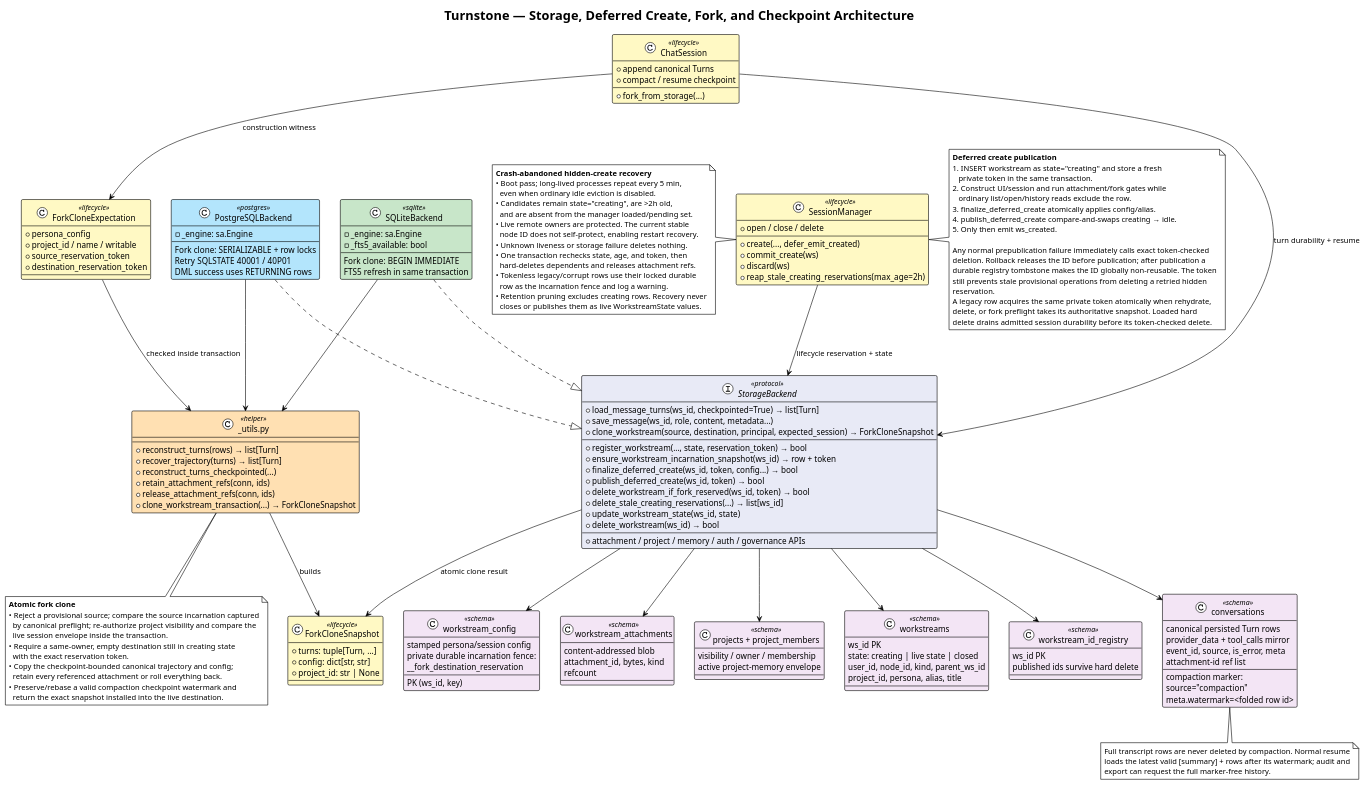
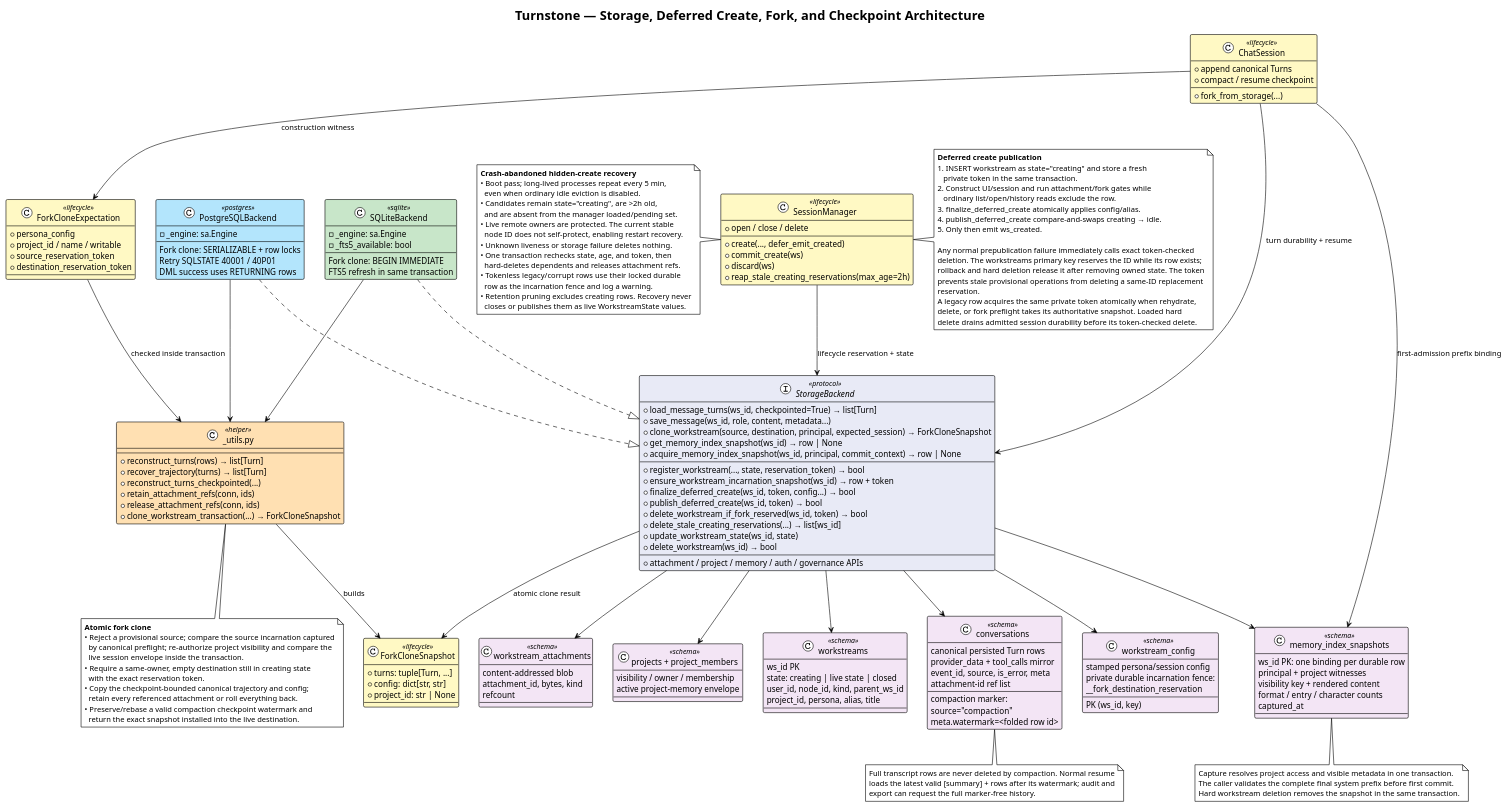
The diagram in docs/diagrams/14-storage-architecture.puml (turnstonelabs/turnstone), drawn with PlantUML before and after one commit. The commit also changed 73 other files, not shown here.

Commit message:
fix: stabilize memory index for release candidate

```diff
--- a/docs/diagrams/14-storage-architecture.puml
+++ b/docs/diagrams/14-storage-architecture.puml
@@ -15,6 +15,8 @@
     + load_message_turns(ws_id, checkpointed=True) → list[Turn]
     + save_message(ws_id, role, content, metadata...)
     + clone_workstream(source, destination, principal, expected_session) → ForkCloneSnapshot
+    + get_memory_index_snapshot(ws_id) → row | None
+    + acquire_memory_index_snapshot(ws_id, principal, commit_context) → row | None
     --
     + register_workstream(..., state, reservation_token) → bool
     + ensure_workstream_incarnation_snapshot(ws_id) → row + token
@@ -73,11 +75,6 @@
     project_id, persona, alias, title
 }
 
-class "workstream_id_registry" as WorkstreamIds <<schema>> {
-    ws_id PK
-    published ids survive hard delete
-}
-
 class "conversations" as Conversations <<schema>> {
     canonical persisted Turn rows
     provider_data + tool_calls mirror
@@ -94,6 +91,14 @@
     stamped persona/session config
     private durable incarnation fence:
     __fork_destination_reservation
+}
+
+class "memory_index_snapshots" as MemoryIndexSnapshots <<schema>> {
+    ws_id PK: one binding per durable row
+    principal + project witnesses
+    visibility key + rendered content
+    format / entry / character counts
+    captured_at
 }
 
 class "workstream_attachments" as Attachments <<schema>> {
@@ -127,14 +132,15 @@
 PG --> Utils
 
 Storage --> Workstreams
-Storage --> WorkstreamIds
 Storage --> Conversations
 Storage --> WorkstreamConfig
+Storage --> MemoryIndexSnapshots
 Storage --> Attachments
 Storage --> Projects
 
 Manager --> Storage : lifecycle reservation + state
 Session --> Storage : turn durability + resume
+Session --> MemoryIndexSnapshots : first-admission prefix binding
 Session --> Expectation : construction witness
 Storage --> Snapshot : atomic clone result
 Expectation --> Utils : checked inside transaction
@@ -151,9 +157,9 @@
   5. Only then emit ws_created.
 
   Any normal prepublication failure immediately calls exact token-checked
-  deletion. Rollback releases the ID before publication; after publication a
-  durable registry tombstone makes the ID globally non-reusable. The token
-  still prevents stale provisional operations from deleting a retried hidden
+  deletion. The workstreams primary key reserves the ID while its row exists;
+  rollback and hard deletion release it after removing owned state. The token
+  prevents stale provisional operations from deleting a same-ID replacement
   reservation.
   A legacy row acquires the same private token atomically when rehydrate,
   delete, or fork preflight takes its authoritative snapshot. Loaded hard
@@ -196,4 +202,10 @@
   export can request the full marker-free history.
 end note
 
+note bottom of MemoryIndexSnapshots
+  Capture resolves project access and visible metadata in one transaction.
+  The caller validates the complete final system prefix before first commit.
+  Hard workstream deletion removes the snapshot in the same transaction.
+end note
+
 @enduml
```
